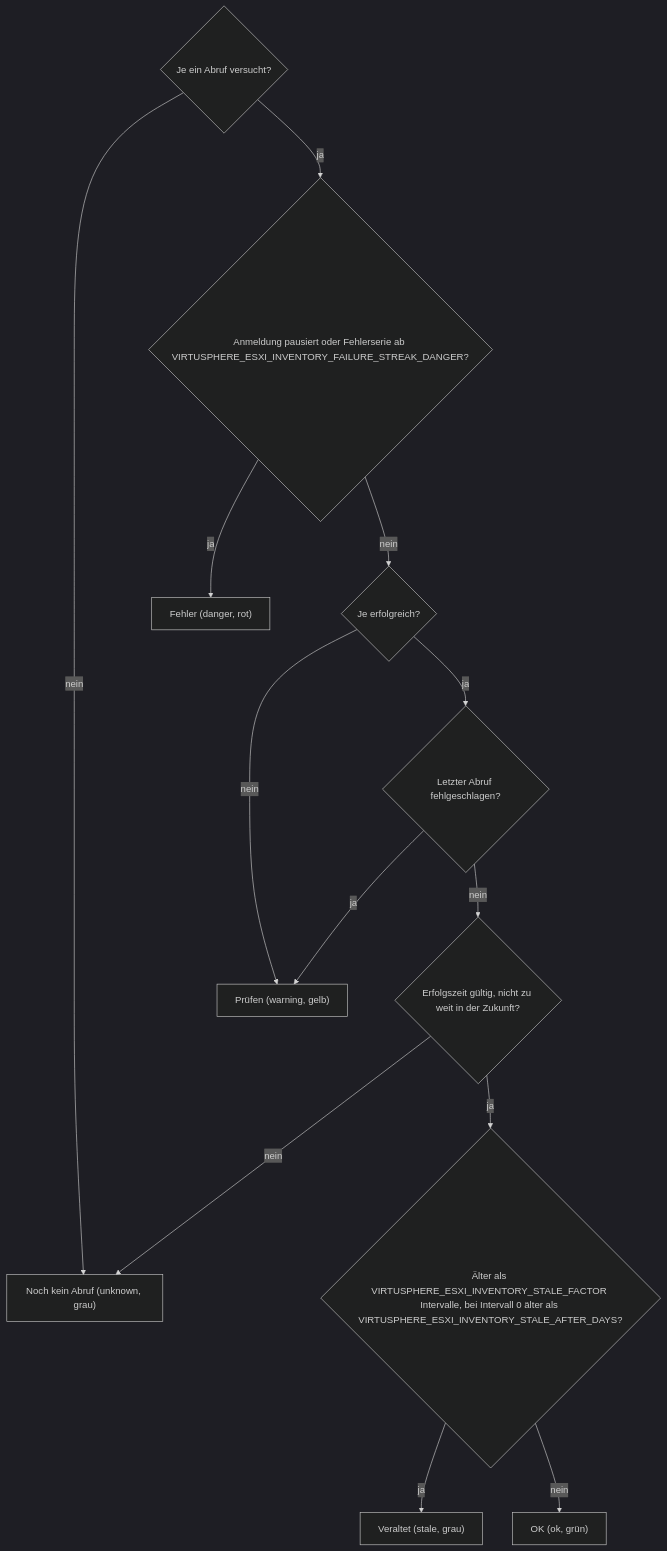
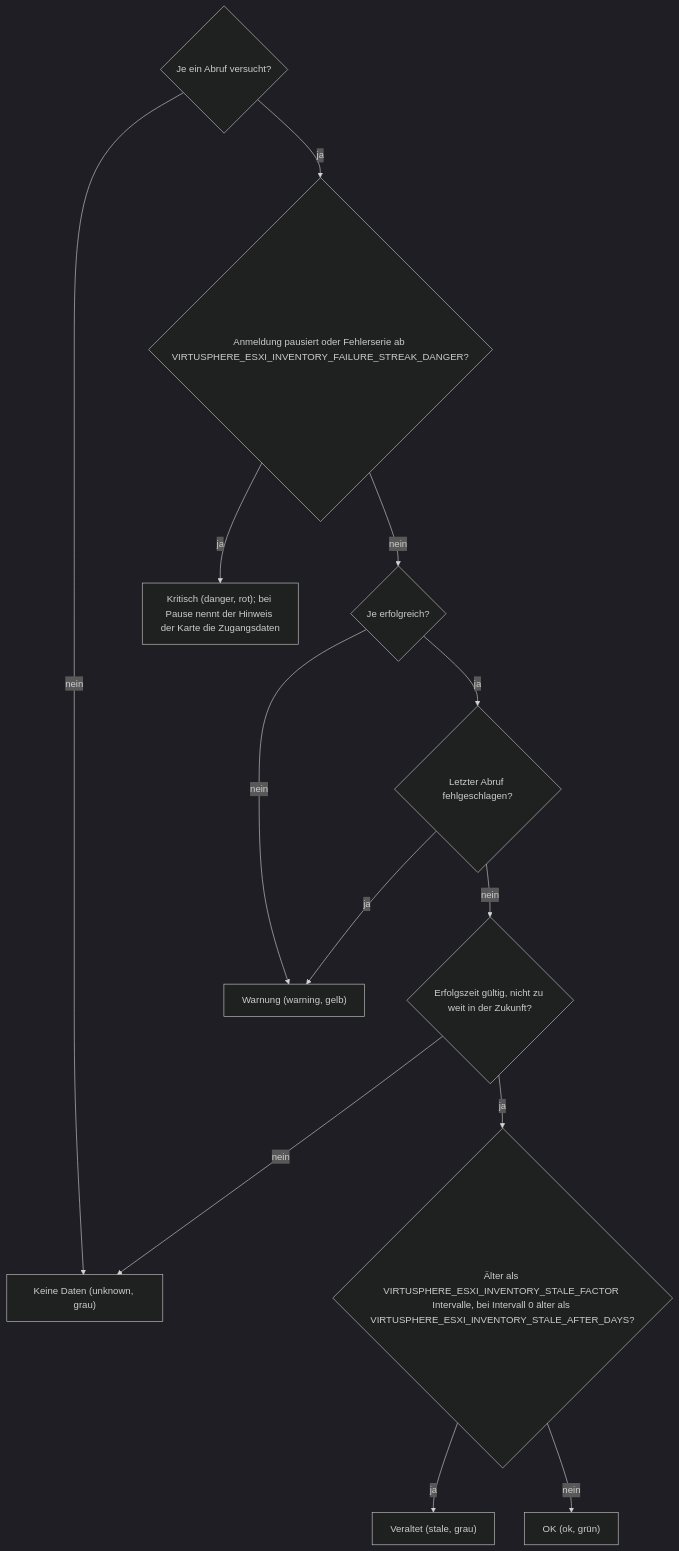
The seventh of 10 diagrams in docs/operations/system-status-checks.md (Samy94M/VirtuSphere-v2-WebApp), drawn with Mermaid (dark theme) before and after one commit. The commit also changed other lines of this file and 62 other files, not shown here.

````diff
--- a/docs/operations/system-status-checks.md
+++ b/docs/operations/system-status-checks.md
@@ -162,15 +234,15 @@
 ```mermaid
 flowchart TD
-  A{"Je ein Abruf versucht?"} -->|nein| U["Noch kein Abruf (unknown, grau)"]
+  A{"Je ein Abruf versucht?"} -->|nein| U["Keine Daten (unknown, grau)"]
   A -->|ja| B{"Anmeldung pausiert oder Fehlerserie ab VIRTUSPHERE_ESXI_INVENTORY_FAILURE_STREAK_DANGER?"}
-  B -->|ja| D["Fehler (danger, rot)"]
+  B -->|ja| D["Kritisch (danger, rot); bei Pause nennt der Hinweis der Karte die Zugangsdaten"]
   B -->|nein| C{"Je erfolgreich?"}
-  C -->|nein| W["Prüfen (warning, gelb)"]
+  C -->|nein| W["Warnung (warning, gelb)"]
   C -->|ja| F{"Letzter Abruf fehlgeschlagen?"}
   F -->|ja| W
   F -->|nein| T{"Erfolgszeit gültig, nicht zu weit in der Zukunft?"}
   T -->|nein| U
   T -->|ja| E{"Älter als VIRTUSPHERE_ESXI_INVENTORY_STALE_FACTOR Intervalle, bei Intervall 0 älter als VIRTUSPHERE_ESXI_INVENTORY_STALE_AFTER_DAYS?"}
   E -->|ja| S["Veraltet (stale, grau)"]
   E -->|nein| O["OK (ok, grün)"]
 ```
````
